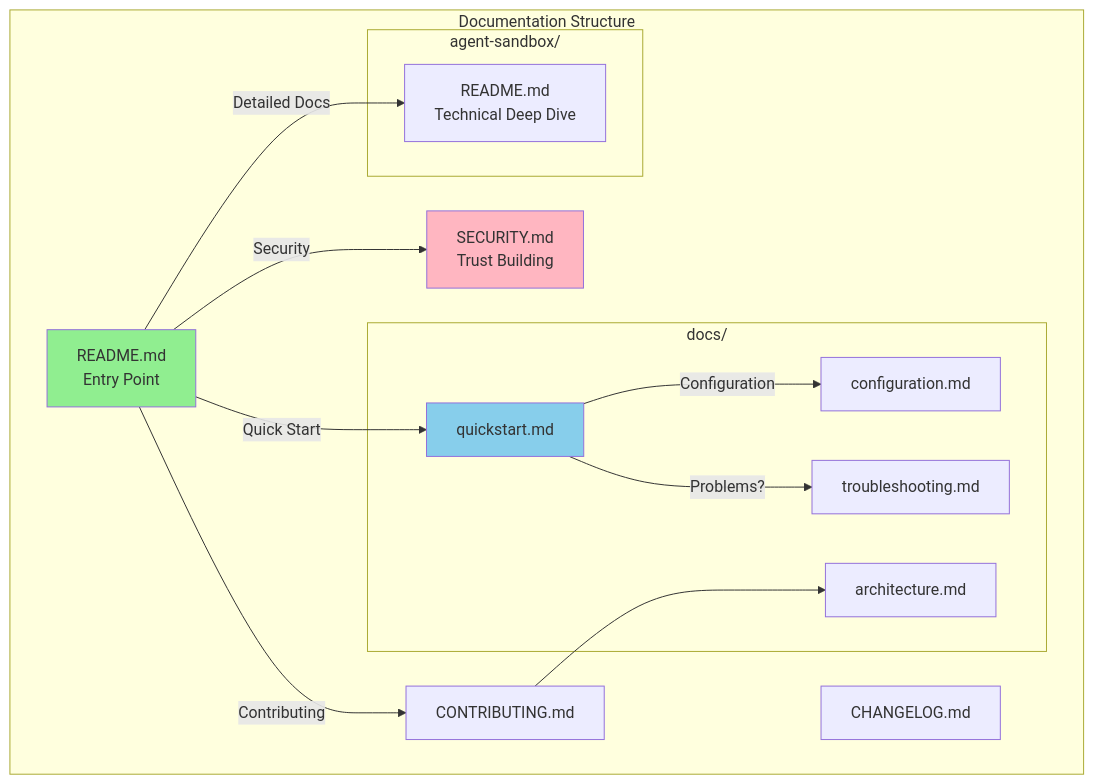
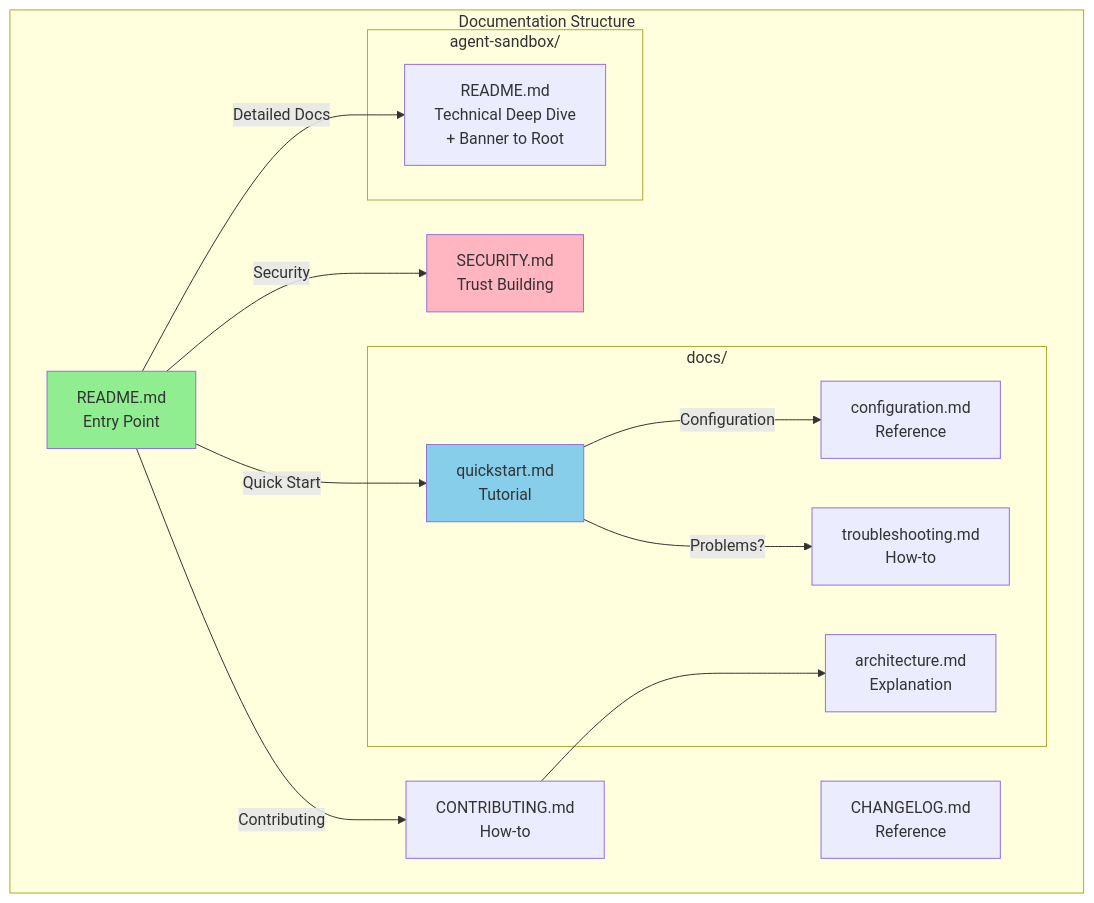
The diagram in .flow/specs/fn-7-j5o.md (novotnyllc/ContainAI), drawn with Mermaid before and after one commit. The commit also changed other lines of this file and 6 other files, not shown here.

````diff
--- a/.flow/specs/fn-7-j5o.md
+++ b/.flow/specs/fn-7-j5o.md
@@ -66,35 +80,35 @@
 ```mermaid
 flowchart TD
     subgraph "Documentation Structure"
         ROOT[README.md<br/>Entry Point]
         SEC[SECURITY.md<br/>Trust Building]
         
         subgraph "docs/"
-            QS[quickstart.md]
-            CFG[configuration.md]
-            TS[troubleshooting.md]
-            ARCH[architecture.md]
+            QS[quickstart.md<br/>Tutorial]
+            CFG[configuration.md<br/>Reference]
+            TS[troubleshooting.md<br/>How-to]
+            ARCH[architecture.md<br/>Explanation]
         end
         
-        CONTRIB[CONTRIBUTING.md]
-        CHANGE[CHANGELOG.md]
+        CONTRIB[CONTRIBUTING.md<br/>How-to]
+        CHANGE[CHANGELOG.md<br/>Reference]
         
         subgraph "agent-sandbox/"
-            EXISTING[README.md<br/>Technical Deep Dive]
+            EXISTING[README.md<br/>Technical Deep Dive<br/>+ Banner to Root]
         end
     end
     
     ROOT --> |"Quick Start"| QS
     ROOT --> |"Security"| SEC
     ROOT --> |"Detailed Docs"| EXISTING
     ROOT --> |"Contributing"| CONTRIB
     
     QS --> |"Configuration"| CFG
     QS --> |"Problems?"| TS
     
     CONTRIB --> ARCH
     
     style ROOT fill:#90EE90
     style SEC fill:#FFB6C1
     style QS fill:#87CEEB
 ```
````
